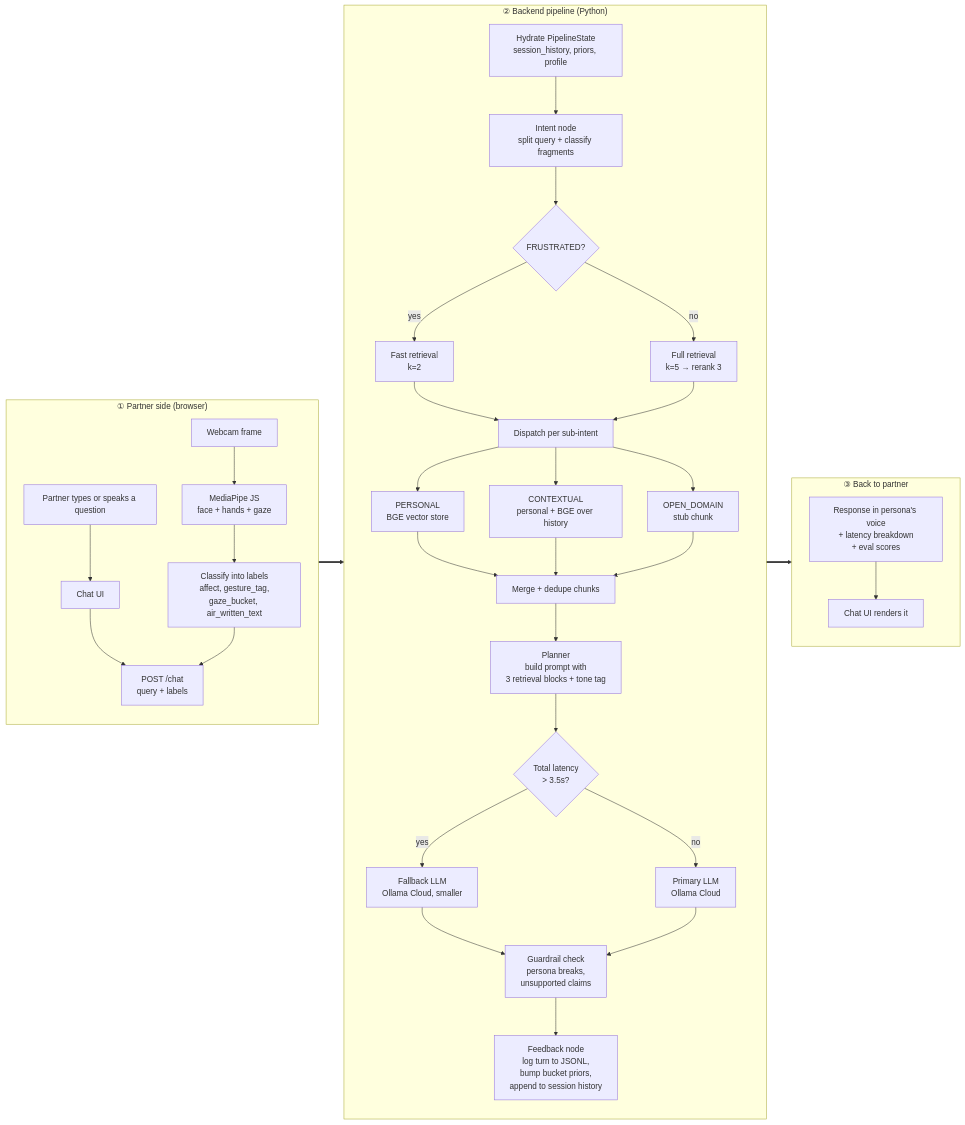
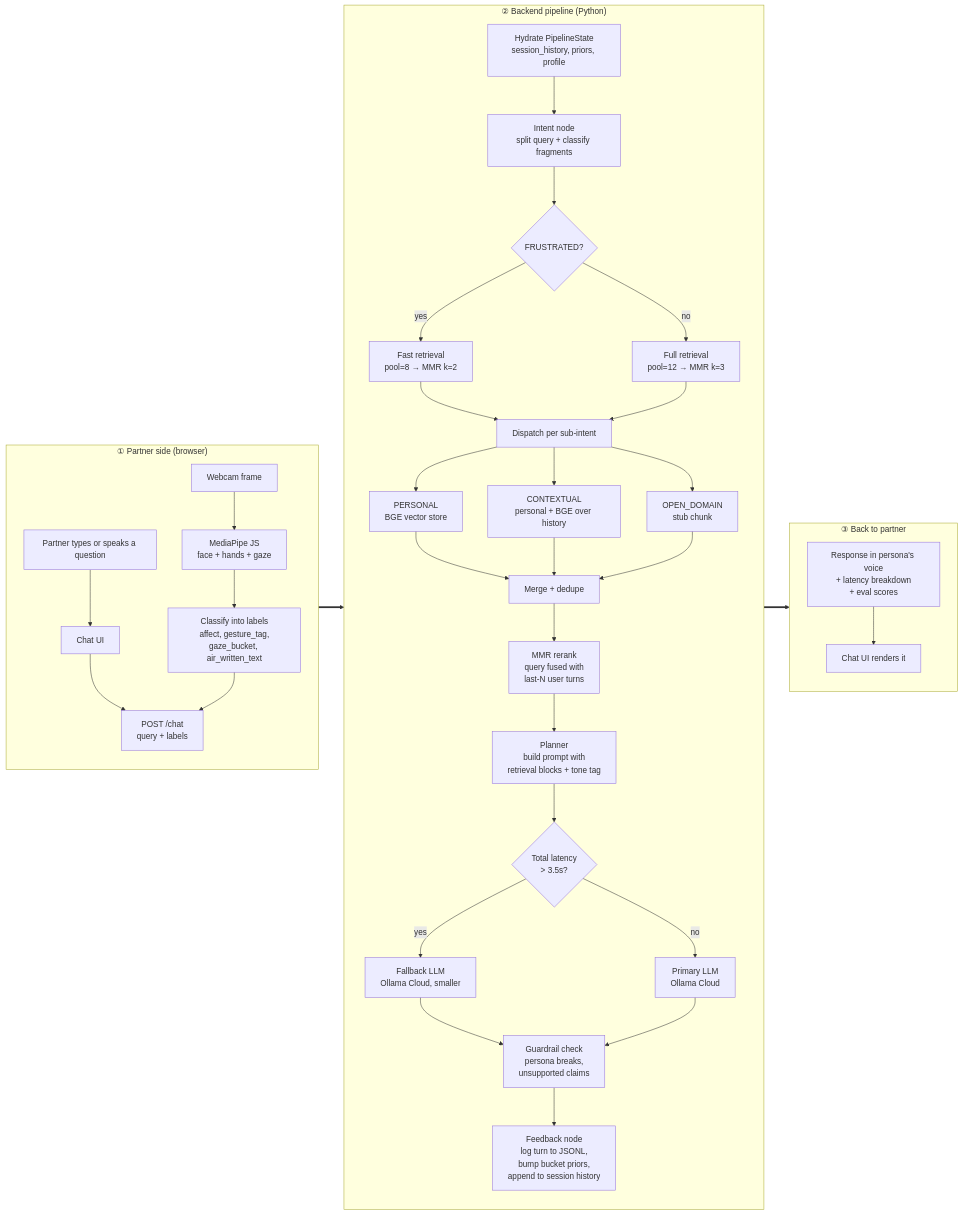
One commit to akashkolte/multimodal_aac_chatbot changed the first of 4 diagrams in README.md. Above: the diagram before and after it, drawn with Mermaid. The commit also changed other lines of this file and 4 other files, not shown here.

First line of the commit message:
Add MMR reranking with conversation-context query fusion

````diff
--- a/README.md
+++ b/README.md
@@ -61,46 +61,47 @@
 ```mermaid
 flowchart LR
     subgraph S1["① Partner side (browser)"]
         direction TB
         IN1[Partner types or speaks a question]
         IN2[Webcam frame]
         IN1 --> UI[Chat UI]
         IN2 --> MP[MediaPipe JS<br/>face + hands + gaze]
         MP --> LAB[Classify into labels<br/>affect, gesture_tag,<br/>gaze_bucket, air_written_text]
         UI --> REQ
         LAB --> REQ[POST /chat<br/>query + labels]
     end
 
     REQ ==> S2
 
     subgraph S2["② Backend pipeline (Python)"]
         direction TB
         HYD[Hydrate PipelineState<br/>session_history, priors, profile] --> INT
         INT[Intent node<br/>split query + classify fragments] --> BR1{FRUSTRATED?}
-        BR1 -- yes --> RFAST[Fast retrieval<br/>k=2]
-        BR1 -- no --> RFULL[Full retrieval<br/>k=5 → rerank 3]
+        BR1 -- yes --> RFAST[Fast retrieval<br/>pool=8 → MMR k=2]
+        BR1 -- no --> RFULL[Full retrieval<br/>pool=12 → MMR k=3]
         RFAST --> POOL
         RFULL --> POOL[Dispatch per sub-intent]
         POOL --> PP[PERSONAL<br/>BGE vector store]
         POOL --> PC[CONTEXTUAL<br/>personal + BGE over history]
         POOL --> PO[OPEN_DOMAIN<br/>stub chunk]
-        PP --> MERGE[Merge + dedupe chunks]
+        PP --> MERGE[Merge + dedupe]
         PC --> MERGE
         PO --> MERGE
-        MERGE --> PLAN[Planner<br/>build prompt with<br/>3 retrieval blocks + tone tag]
+        MERGE --> RR[MMR rerank<br/>query fused with<br/>last-N user turns]
+        RR --> PLAN[Planner<br/>build prompt with<br/>retrieval blocks + tone tag]
         PLAN --> BR2{Total latency<br/>&gt; 3.5s?}
         BR2 -- yes --> LLMF[Fallback LLM<br/>Ollama Cloud, smaller]
         BR2 -- no --> LLMP[Primary LLM<br/>Ollama Cloud]
         LLMF --> GRD[Guardrail check<br/>persona breaks,<br/>unsupported claims]
         LLMP --> GRD
         GRD --> FB[Feedback node<br/>log turn to JSONL,<br/>bump bucket priors,<br/>append to session history]
     end
 
     FB ==> S3
 
     subgraph S3["③ Back to partner"]
         direction TB
         RESP[Response in persona's voice<br/>+ latency breakdown<br/>+ eval scores]
         RESP --> RENDER[Chat UI renders it]
     end
 ```
````
